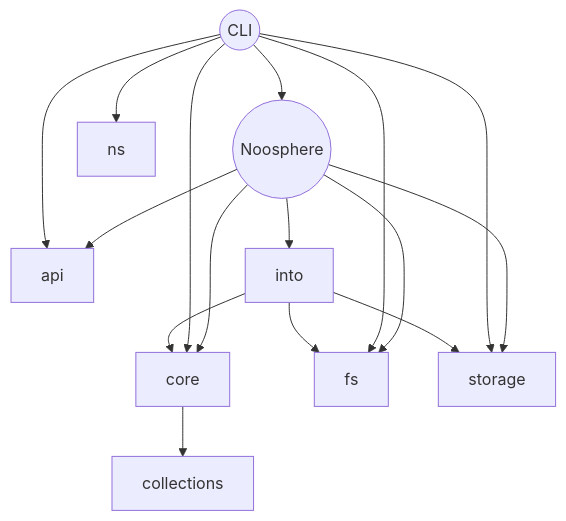
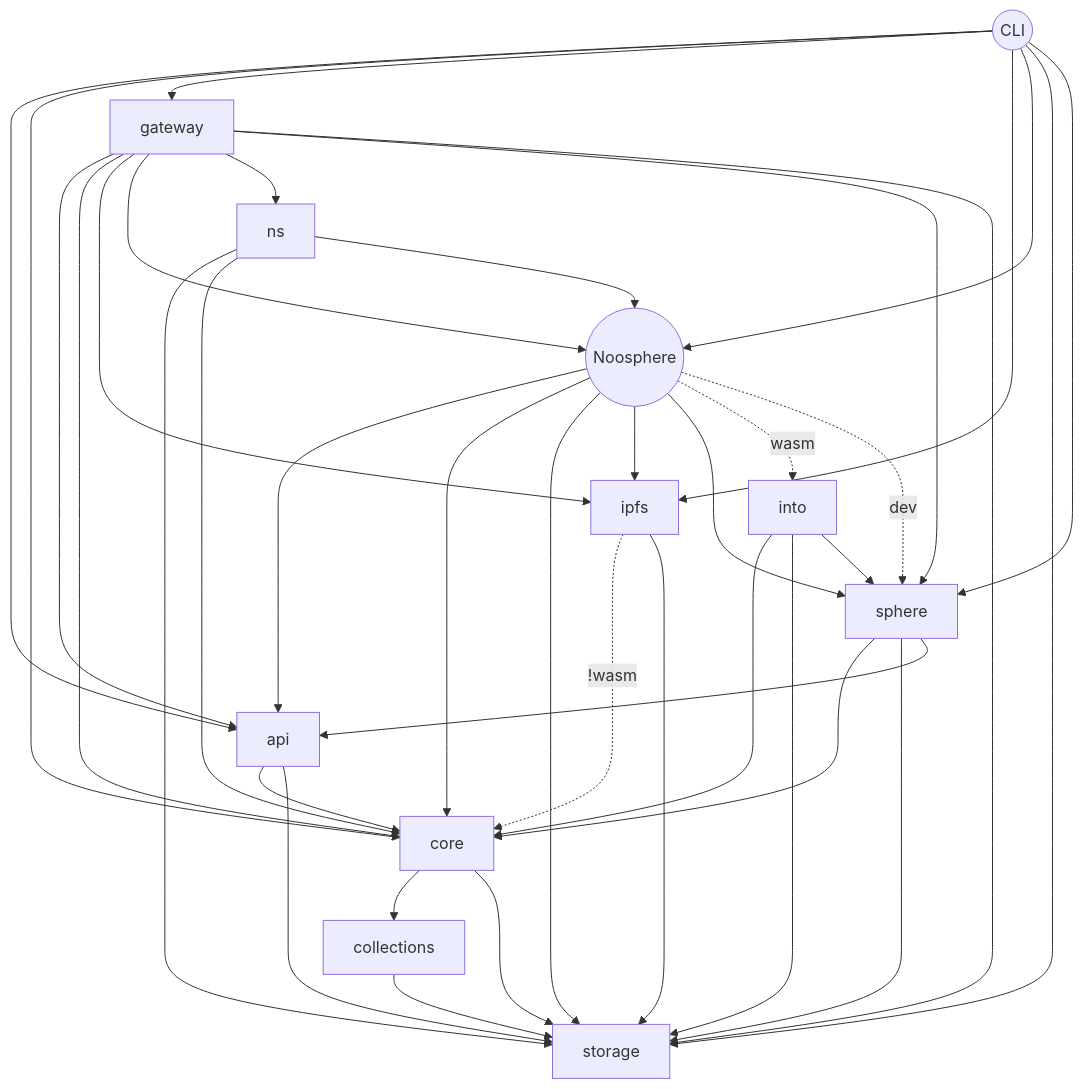
Before and after one commit to subconsciousnetwork/noosphere: the diagram in rust/README.md, drawn with Mermaid. The commit also changed 12 other files, not shown here.

Commit message:
fix: Reconfigure module dependencies so that noosphere-ipfs depends on noosphere-storage, and not the other way around creating a cycle.

````diff
--- a/rust/README.md
+++ b/rust/README.md
@@ -18,22 +18,54 @@
 ```mermaid
 flowchart TD
 
 noosphere((Noosphere))
 cli((CLI))
 
 noosphere --> api
 noosphere --> core
-noosphere --> fs
 noosphere --> storage
-noosphere --> into
+noosphere --> ipfs 
+noosphere --> sphere
+noosphere -. wasm .-> into
+noosphere -. dev .-> sphere
+
+api --> core
+api --> storage
+
 cli --> api 
 cli --> core
-cli --> fs 
+cli --> gateway
+cli --> ipfs
+cli --> noosphere 
 cli --> storage 
-cli --> ns 
-cli --> noosphere 
+cli --> sphere
+
+collections --> storage
+
+core --> collections
+core --> storage
+
+gateway --> api
+gateway --> core
+gateway --> ipfs
+gateway --> noosphere
+gateway --> ns 
+gateway --> sphere 
+gateway --> storage
+
 into --> core
 into --> storage
-into --> fs 
-core --> collections
+into --> sphere
+
+ipfs -. !wasm .-> core 
+ipfs --> storage
+
+ns --> storage
+ns --> core
+ns --> noosphere
+
+sphere --> core
+sphere --> storage 
+sphere --> api 
+
 ```
````
